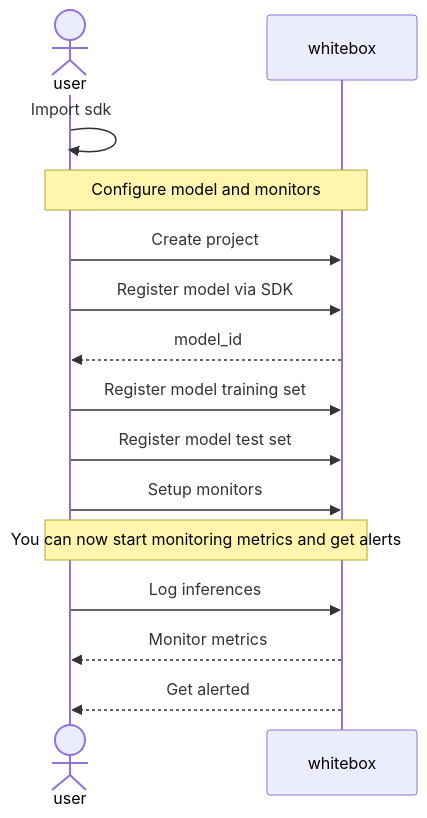
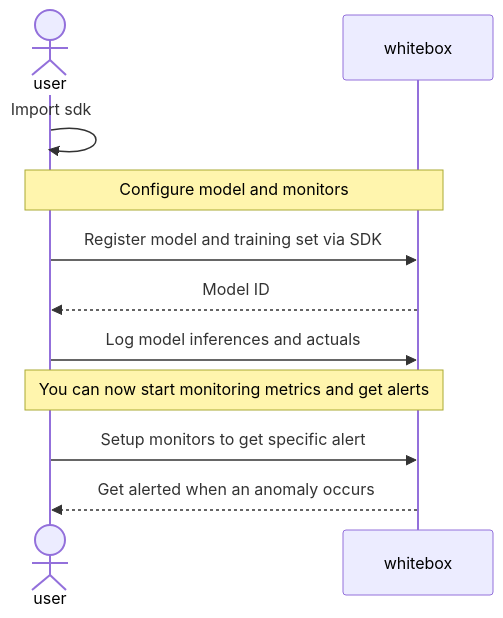
The diagram in README.md (squaredev-io/whitebox), drawn with Mermaid before and after one commit. The commit also changed other lines of this file, not shown here.

````diff
--- a/README.md
+++ b/README.md
@@ -29,19 +33,16 @@
 ```mermaid
 sequenceDiagram
     actor user
     participant whitebox
 
     user->>user: Import sdk
+
     note over user, whitebox: Configure model and monitors
-    user->>whitebox: Create project
-    user->>whitebox: Register model via SDK
-    whitebox-->>user: model_id
-    user->>whitebox: Register model training set
-    user->>whitebox: Register model test set
-    user->>whitebox: Setup monitors
+    user->>whitebox: Register model and training set via SDK
+    whitebox-->>user: Model ID
+    user->>whitebox: Log model inferences and actuals
 
     note over user, whitebox: You can now start monitoring metrics and get alerts
-    user->>whitebox: Log inferences
-    whitebox-->>user: Monitor metrics
-    whitebox-->>user: Get alerted
+    user->>whitebox: Setup monitors to get specific alert
+    whitebox-->>user: Get alerted when an anomaly occurs
 ```
````
